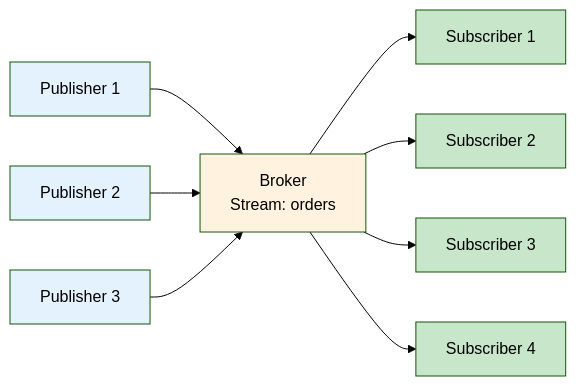
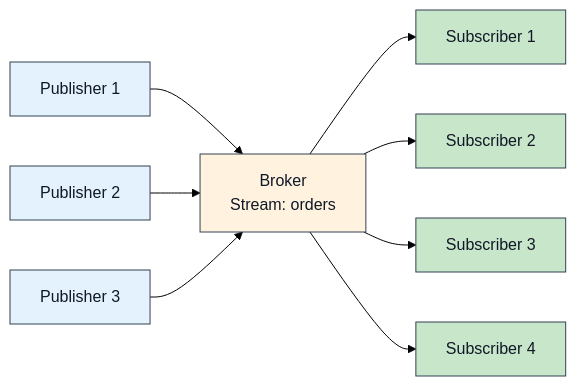
One commit to gabloe/felix changed the first of 4 diagrams in docs-site/src/content/docs/features/pubsub.md. Above: the diagram before and after it, drawn with Mermaid (forest theme). The commit also changed other lines of this file and 36 other files, not shown here.

````diff
--- a/docs-site/src/content/docs/features/pubsub.md
+++ b/docs-site/src/content/docs/features/pubsub.md
@@ -16,31 +16,31 @@
 ```mermaid
 graph LR
     P1[Publisher 1]
     P2[Publisher 2]
     P3[Publisher 3]
     
     B[Broker<br/>Stream: orders]
     
     S1[Subscriber 1]
     S2[Subscriber 2]
     S3[Subscriber 3]
     S4[Subscriber 4]
     
     P1 --> B
     P2 --> B
     P3 --> B
     
     B --> S1
     B --> S2
     B --> S3
     B --> S4
     
-    style B fill:#fff3e0
-    style P1 fill:#e3f2fd
-    style P2 fill:#e3f2fd
-    style P3 fill:#e3f2fd
-    style S1 fill:#c8e6c9
-    style S2 fill:#c8e6c9
-    style S3 fill:#c8e6c9
-    style S4 fill:#c8e6c9
+    style B fill:#fff3e0,stroke:#334155,color:#111827
+    style P1 fill:#e3f2fd,stroke:#334155,color:#111827
+    style P2 fill:#e3f2fd,stroke:#334155,color:#111827
+    style P3 fill:#e3f2fd,stroke:#334155,color:#111827
+    style S1 fill:#c8e6c9,stroke:#334155,color:#111827
+    style S2 fill:#c8e6c9,stroke:#334155,color:#111827
+    style S3 fill:#c8e6c9,stroke:#334155,color:#111827
+    style S4 fill:#c8e6c9,stroke:#334155,color:#111827
 ```
````
